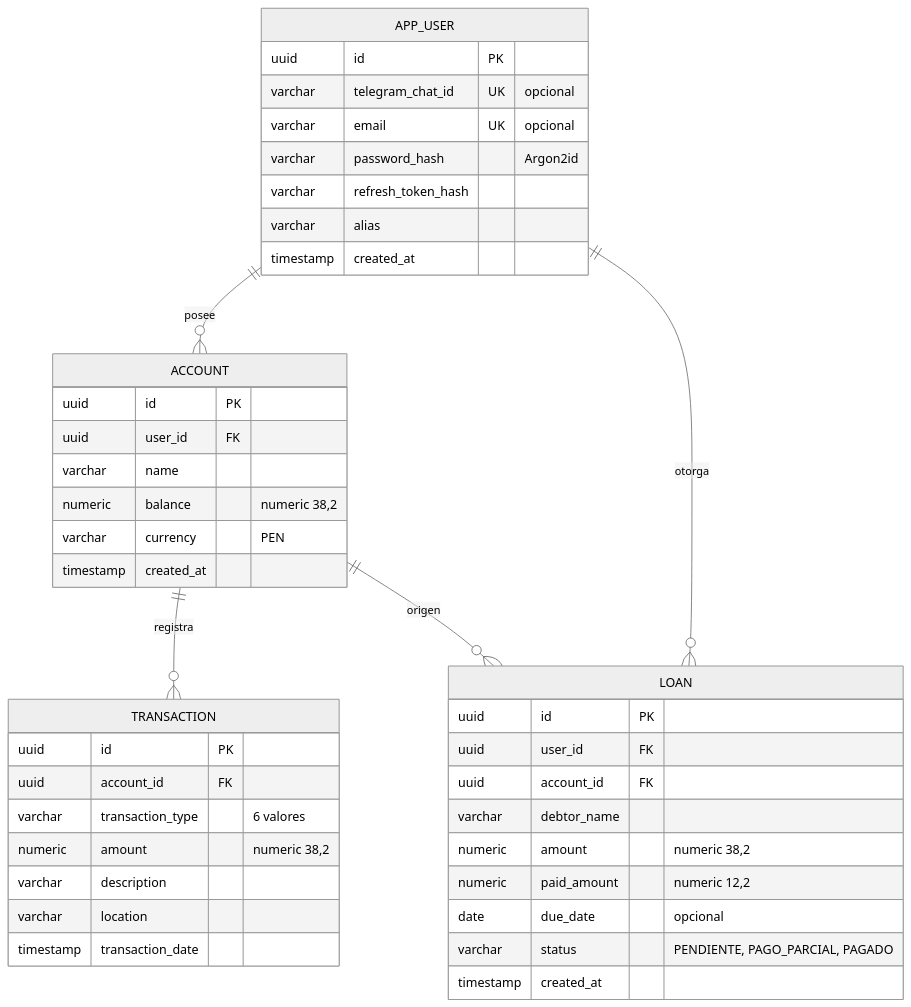
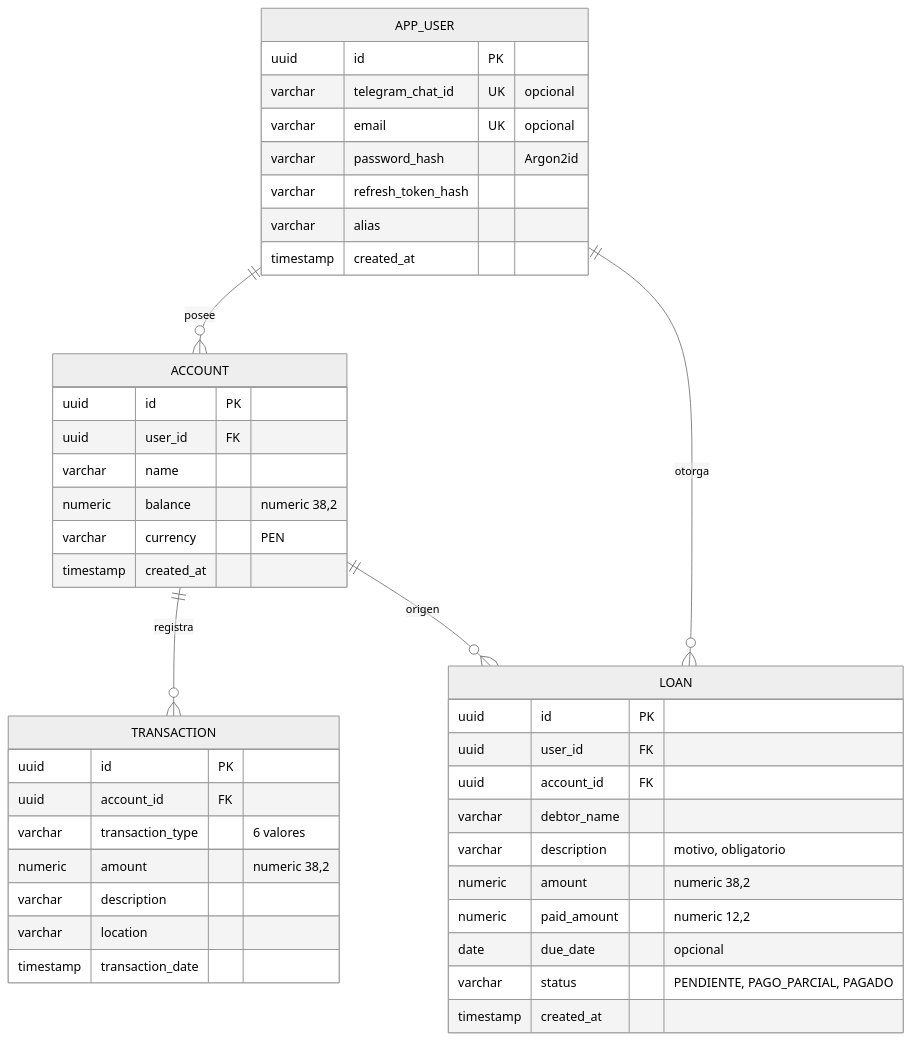
Before and after one commit to BVAndy259/finances: the first of 3 diagrams in docs/database.md, drawn with Mermaid (neutral theme). The commit also changed other lines of this file and 5 other files, not shown here.

````diff
--- a/docs/database.md
+++ b/docs/database.md
@@ -18,48 +18,49 @@
 ```mermaid
 erDiagram
     APP_USER ||--o{ ACCOUNT : "posee"
     APP_USER ||--o{ LOAN : "otorga"
     ACCOUNT ||--o{ TRANSACTION : "registra"
     ACCOUNT ||--o{ LOAN : "origen"
 
     APP_USER {
         uuid id PK
         varchar telegram_chat_id UK "opcional"
         varchar email UK "opcional"
         varchar password_hash "Argon2id"
         varchar refresh_token_hash
         varchar alias
         timestamp created_at
     }
 
     ACCOUNT {
         uuid id PK
         uuid user_id FK
         varchar name
         numeric balance "numeric 38,2"
         varchar currency "PEN"
         timestamp created_at
     }
 
     TRANSACTION {
         uuid id PK
         uuid account_id FK
         varchar transaction_type "6 valores"
         numeric amount "numeric 38,2"
         varchar description
         varchar location
         timestamp transaction_date
     }
 
     LOAN {
         uuid id PK
         uuid user_id FK
         uuid account_id FK
         varchar debtor_name
+        varchar description "motivo, obligatorio"
         numeric amount "numeric 38,2"
         numeric paid_amount "numeric 12,2"
         date due_date "opcional"
         varchar status "PENDIENTE, PAGO_PARCIAL, PAGADO"
         timestamp created_at
     }
 ```
````
